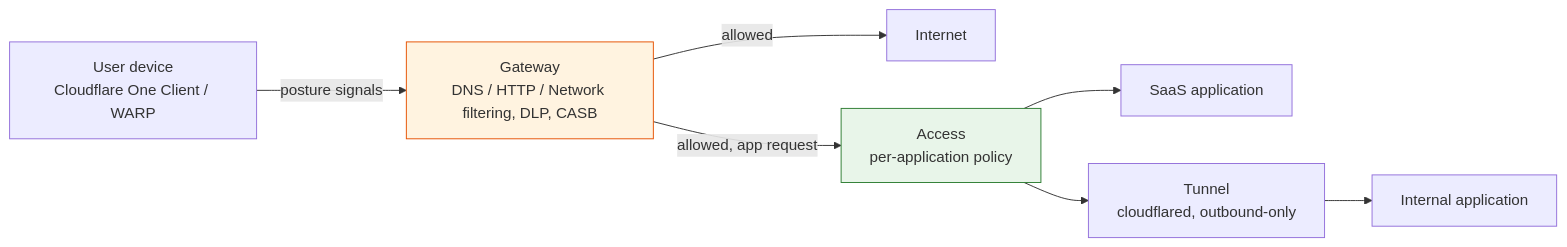
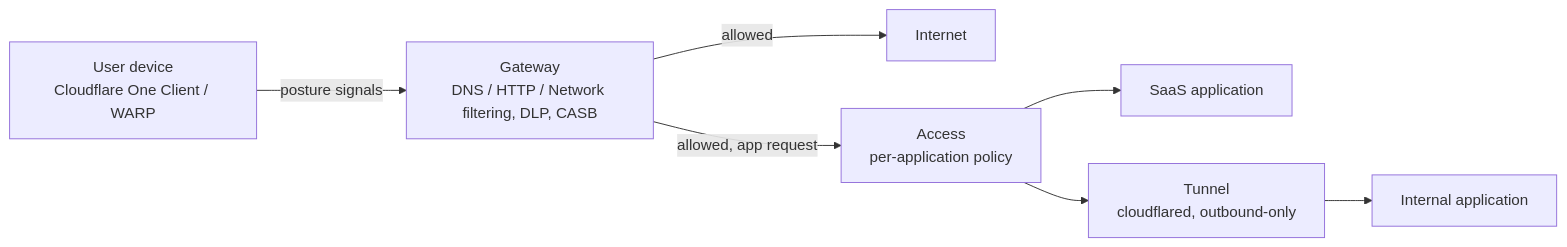
One commit to kevinevans1/cloudflare-adoption-framework changed the diagram in docs/secure/zero-trust-architecture.md. Above: the diagram before and after it, drawn with Mermaid. The commit also changed 12 other files, not shown here.

Commit message:
Remove hardcoded Mermaid node colors causing readability issues; let diagrams use Material's theme-aware rendering

````diff
--- a/docs/secure/zero-trust-architecture.md
+++ b/docs/secure/zero-trust-architecture.md
@@ -7,12 +7,10 @@
 ```mermaid
 flowchart LR
     U[User device<br/>Cloudflare One Client / WARP] -->|posture signals| G[Gateway<br/>DNS / HTTP / Network filtering, DLP, CASB]
     G -->|allowed| Internet
     G -->|allowed, app request| ACC[Access<br/>per-application policy]
     ACC --> SaaS[SaaS application]
     ACC --> T[Tunnel<br/>cloudflared, outbound-only]
     T --> App[Internal application]
 
-    style ACC fill:#e8f5e9,stroke:#2e7d32,stroke-width:1px
-    style G fill:#fff3e0,stroke:#e65100,stroke-width:1px
 ```
````
